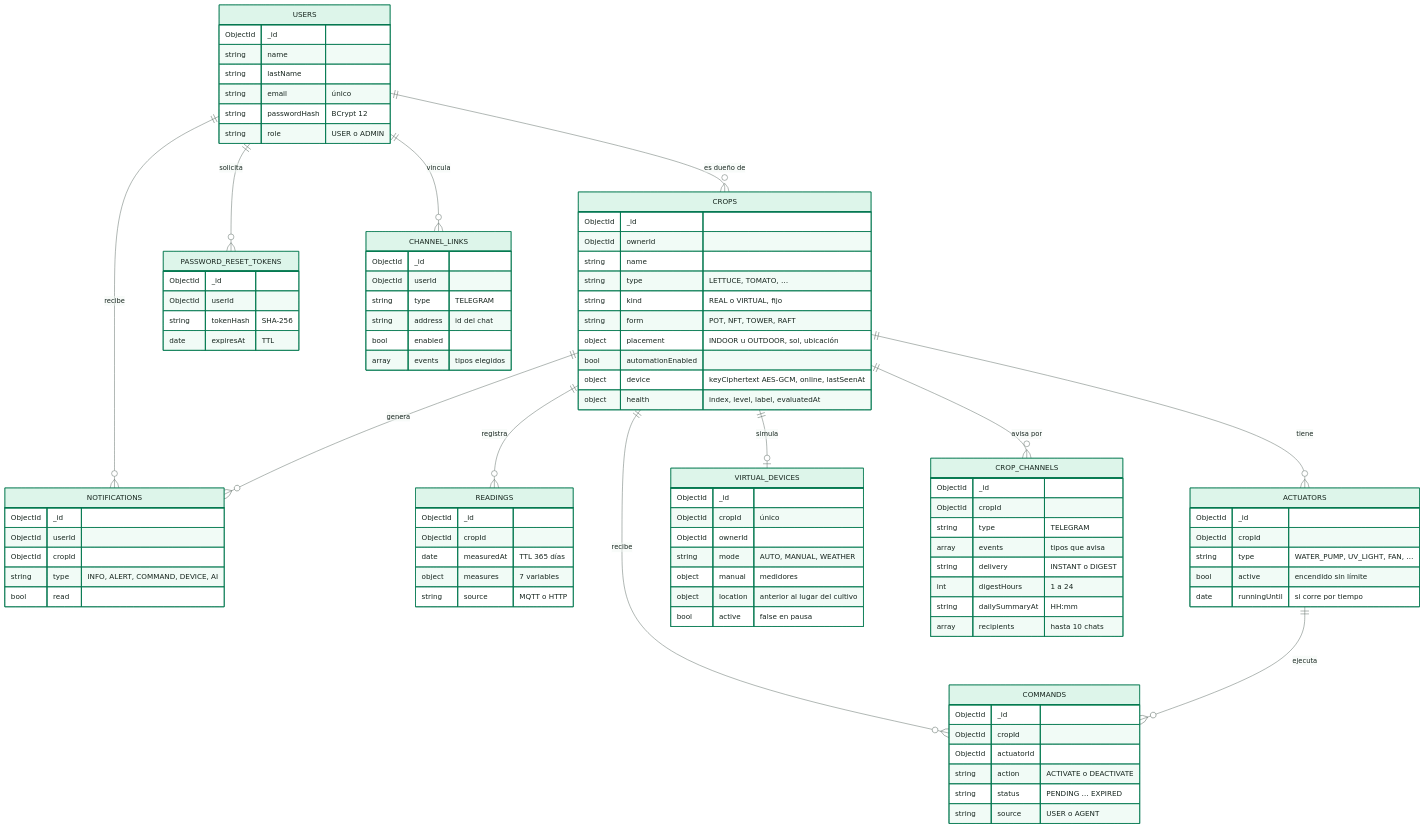
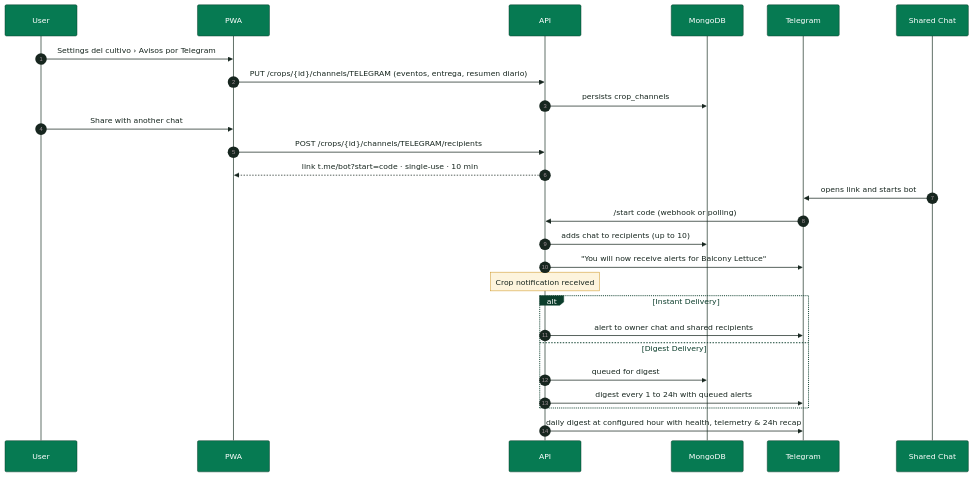
The tenth of 14 diagrams in docs/SmartPot_Technical_Documentation.md (SmartPotTech/.github), drawn with Mermaid before and after one commit. The commit also changed other lines of this file and 186 other files, not shown here.

Commit message:
docs(specs): synchronize 100% english organization documentation, diagrams, and formal deliverables

````diff
--- a/docs/SmartPot_Technical_Documentation.md
+++ b/docs/SmartPot_Technical_Documentation.md
@@ -1004,97 +586,29 @@
 ```mermaid
 %%{init: {"theme": "base", "fontFamily": "Segoe UI, Arial, sans-serif", "themeVariables": {"fontFamily": "Segoe UI, Arial, sans-serif", "fontSize": "15px", "primaryColor": "#DDF5EA", "primaryTextColor": "#17261F", "primaryBorderColor": "#067A52", "secondaryColor": "#E3F2FB", "secondaryTextColor": "#17261F", "secondaryBorderColor": "#1F6FA0", "tertiaryColor": "#F2F7F4", "tertiaryTextColor": "#17261F", "tertiaryBorderColor": "#D5E3DC", "lineColor": "#5B6B63", "textColor": "#17261F", "mainBkg": "#DDF5EA", "nodeBorder": "#067A52", "clusterBkg": "#F7FAF8", "clusterBorder": "#D5E3DC", "edgeLabelBackground": "#FFFFFF", "actorBkg": "#067A52", "actorBorder": "#0B3D2B", "actorTextColor": "#FFFFFF", "actorLineColor": "#5B6B63", "signalColor": "#17261F", "signalTextColor": "#17261F", "labelBoxBkgColor": "#0B3D2B", "labelBoxBorderColor": "#0B3D2B", "labelTextColor": "#FFFFFF", "loopTextColor": "#0B3D2B", "noteBkgColor": "#FDF4DD", "noteBorderColor": "#C98D12", "noteTextColor": "#17261F", "activationBkgColor": "#DDF5EA", "activationBorderColor": "#067A52", "attributeBackgroundColorOdd": "#FFFFFF", "attributeBackgroundColorEven": "#F2F7F4"}}}%%
-erDiagram
-  USERS ||--o{ CROPS : "es dueño de"
-  USERS ||--o{ NOTIFICATIONS : "recibe"
-  USERS ||--o{ PASSWORD_RESET_TOKENS : "solicita"
-  USERS ||--o{ CHANNEL_LINKS : "vincula"
-  CROPS ||--o{ READINGS : "registra"
-  CROPS ||--o{ ACTUATORS : "tiene"
-  CROPS ||--o{ COMMANDS : "recibe"
-  CROPS ||--o{ NOTIFICATIONS : "genera"
-  CROPS ||--o| VIRTUAL_DEVICES : "simula"
-  CROPS ||--o{ CROP_CHANNELS : "avisa por"
-  ACTUATORS ||--o{ COMMANDS : "ejecuta"
-  USERS {
-    ObjectId _id
-    string name
-    string lastName
-    string email "único"
-    string passwordHash "BCrypt 12"
-    string role "USER o ADMIN"
-  }
-  CROPS {
-    ObjectId _id
-    ObjectId ownerId
-    string name
-    string type "LETTUCE, TOMATO, …"
-    string kind "REAL o VIRTUAL, fijo"
-    string form "POT, NFT, TOWER, RAFT"
-    object placement "INDOOR u OUTDOOR, sol, ubicación"
-    bool automationEnabled
-    object device "keyCiphertext AES-GCM, online, lastSeenAt"
-    object health "index, level, label, evaluatedAt"
-  }
-  READINGS {
-    ObjectId _id
-    ObjectId cropId
-    date measuredAt "TTL 365 días"
-    object measures "7 variables"
-    string source "MQTT o HTTP"
-  }
-  ACTUATORS {
-    ObjectId _id
-    ObjectId cropId
-    string type "WATER_PUMP, UV_LIGHT, FAN, …"
-    bool active "encendido sin límite"
-    date runningUntil "si corre por tiempo"
-  }
-  COMMANDS {
-    ObjectId _id
-    ObjectId cropId
-    ObjectId actuatorId
-    string action "ACTIVATE o DEACTIVATE"
-    string status "PENDING … EXPIRED"
-    string source "USER o AGENT"
-  }
-  NOTIFICATIONS {
-    ObjectId _id
-    ObjectId userId
-    ObjectId cropId
-    string type "INFO, ALERT, COMMAND, DEVICE, AI"
-    bool read
-  }
-  CHANNEL_LINKS {
-    ObjectId _id
-    ObjectId userId
-    string type "TELEGRAM"
-    string address "id del chat"
-    bool enabled
-    array events "tipos elegidos"
-  }
-  CROP_CHANNELS {
-    ObjectId _id
-    ObjectId cropId
-    string type "TELEGRAM"
-    array events "tipos que avisa"
-    string delivery "INSTANT o DIGEST"
-    int digestHours "1 a 24"
-    string dailySummaryAt "HH:mm"
-    array recipients "hasta 10 chats"
-  }
-  VIRTUAL_DEVICES {
-    ObjectId _id
-    ObjectId cropId "único"
-    ObjectId ownerId
-    string mode "AUTO, MANUAL, WEATHER"
-    object manual "medidores"
-    object location "anterior al lugar del cultivo"
-    bool active "false en pausa"
-  }
-  PASSWORD_RESET_TOKENS {
-    ObjectId _id
-    ObjectId userId
-    string tokenHash "SHA-256"
-    date expiresAt "TTL"
-  }
+sequenceDiagram
+  autonumber
+  participant P as User
+  participant W as PWA
+  participant A as API
+  participant D as MongoDB
+  participant T as Telegram
+  participant C as Shared Chat
+  P->>W: Settings del cultivo › Avisos por Telegram
+  W->>A: PUT /crops/{id}/channels/TELEGRAM (eventos, entrega, resumen diario)
+  A->>D: persists crop_channels
+  P->>W: Share with another chat
+  W->>A: POST /crops/{id}/channels/TELEGRAM/recipients
+  A-->>W: link t.me/bot?start=code · single-use · 10 min
+  C->>T: opens link and starts bot
+  T->>A: /start code (webhook or polling)
+  A->>D: adds chat to recipients (up to 10)
+  A->>T: "You will now receive alerts for Balcony Lettuce"
+  Note over A: Crop notification received
+  alt Instant Delivery
+    A->>T: alert to owner chat and shared recipients
+  else Digest Delivery
+    A->>D: queued for digest
+    A->>T: digest every 1 to 24h with queued alerts
+  end
+  A->>T: daily digest at configured hour with health, telemetry & 24h recap
 ```
````
